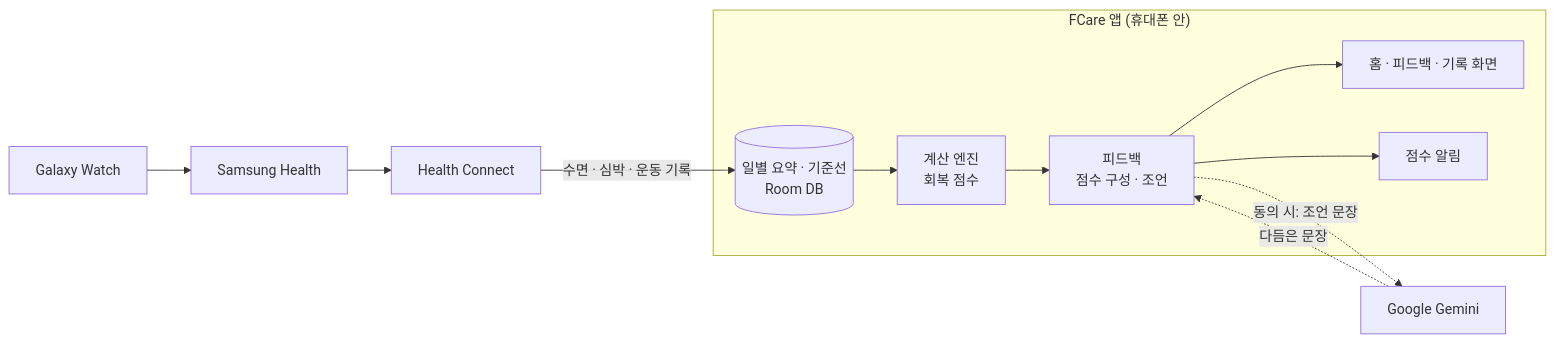
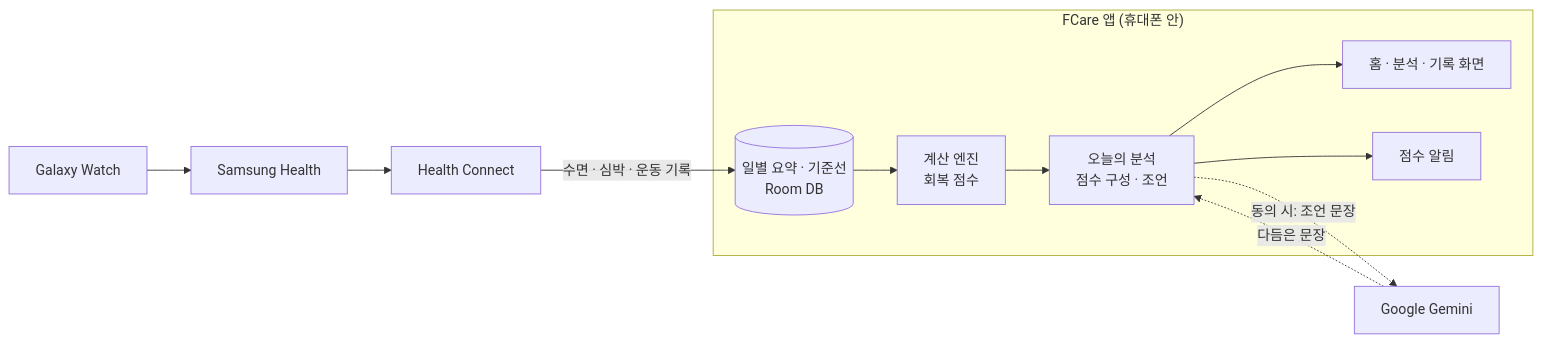
The first of 2 diagrams in README.md (KYU-SW/Triple), drawn with Mermaid before and after one commit. The commit also changed other lines of this file, not shown here.

````diff
--- a/README.md
+++ b/README.md
@@ -98,13 +98,13 @@
 ```mermaid
 flowchart LR
     W[Galaxy Watch] --> SH[Samsung Health] --> HC[Health Connect]
     subgraph PHONE["FCare 앱 (휴대폰 안)"]
         DB[("일별 요약 · 기준선<br/>Room DB")] --> ENG["계산 엔진<br/>회복 점수"]
-        ENG --> FB["피드백<br/>점수 구성 · 조언"]
-        FB --> UI["홈 · 피드백 · 기록 화면"]
+        ENG --> FB["오늘의 분석<br/>점수 구성 · 조언"]
+        FB --> UI["홈 · 분석 · 기록 화면"]
         FB --> NT["점수 알림"]
     end
     HC -->|수면 · 심박 · 운동 기록| DB
     FB -.->|동의 시: 조언 문장| GM[Google Gemini]
     GM -.->|다듬은 문장| FB
 ```
````
